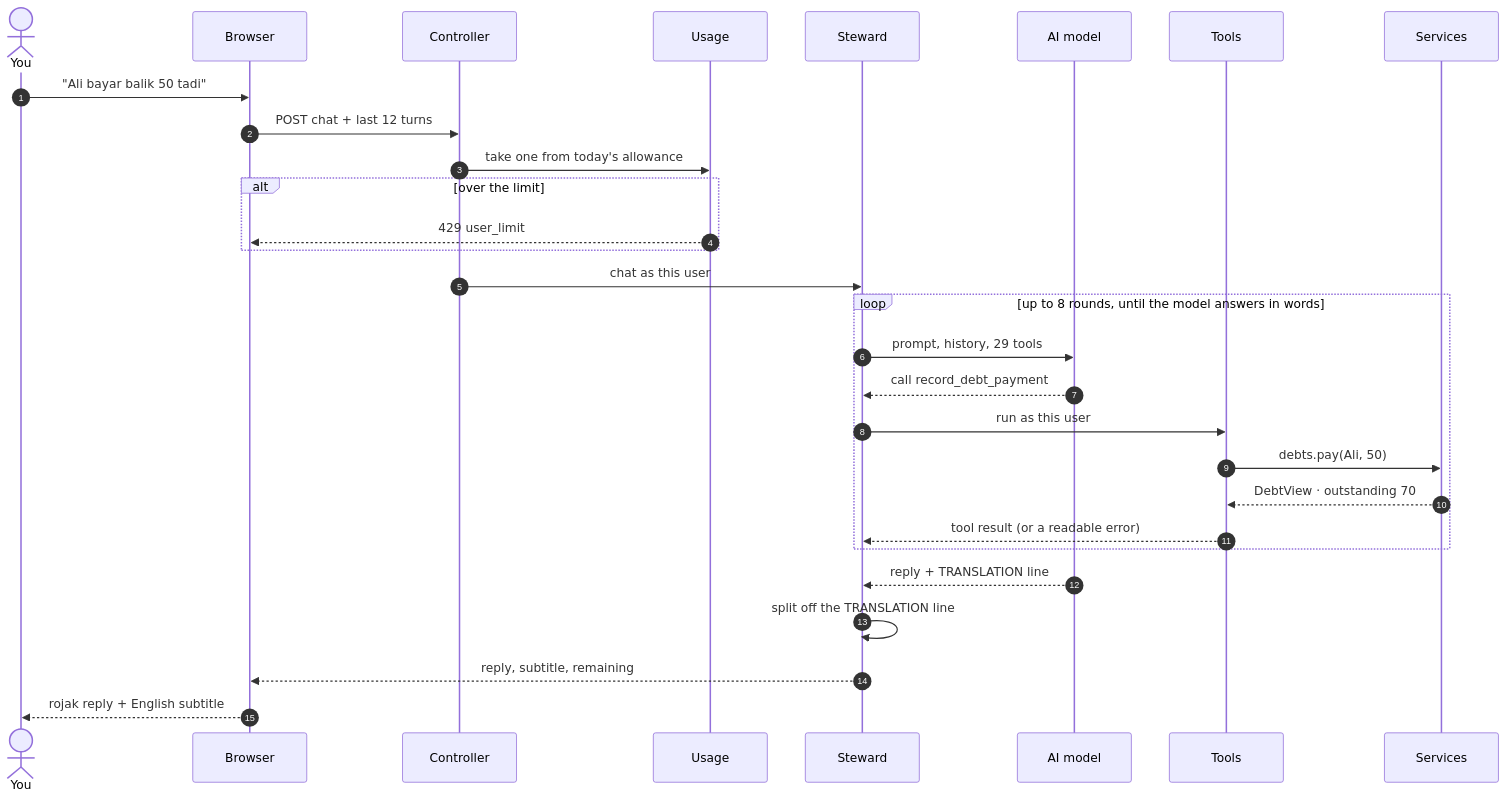
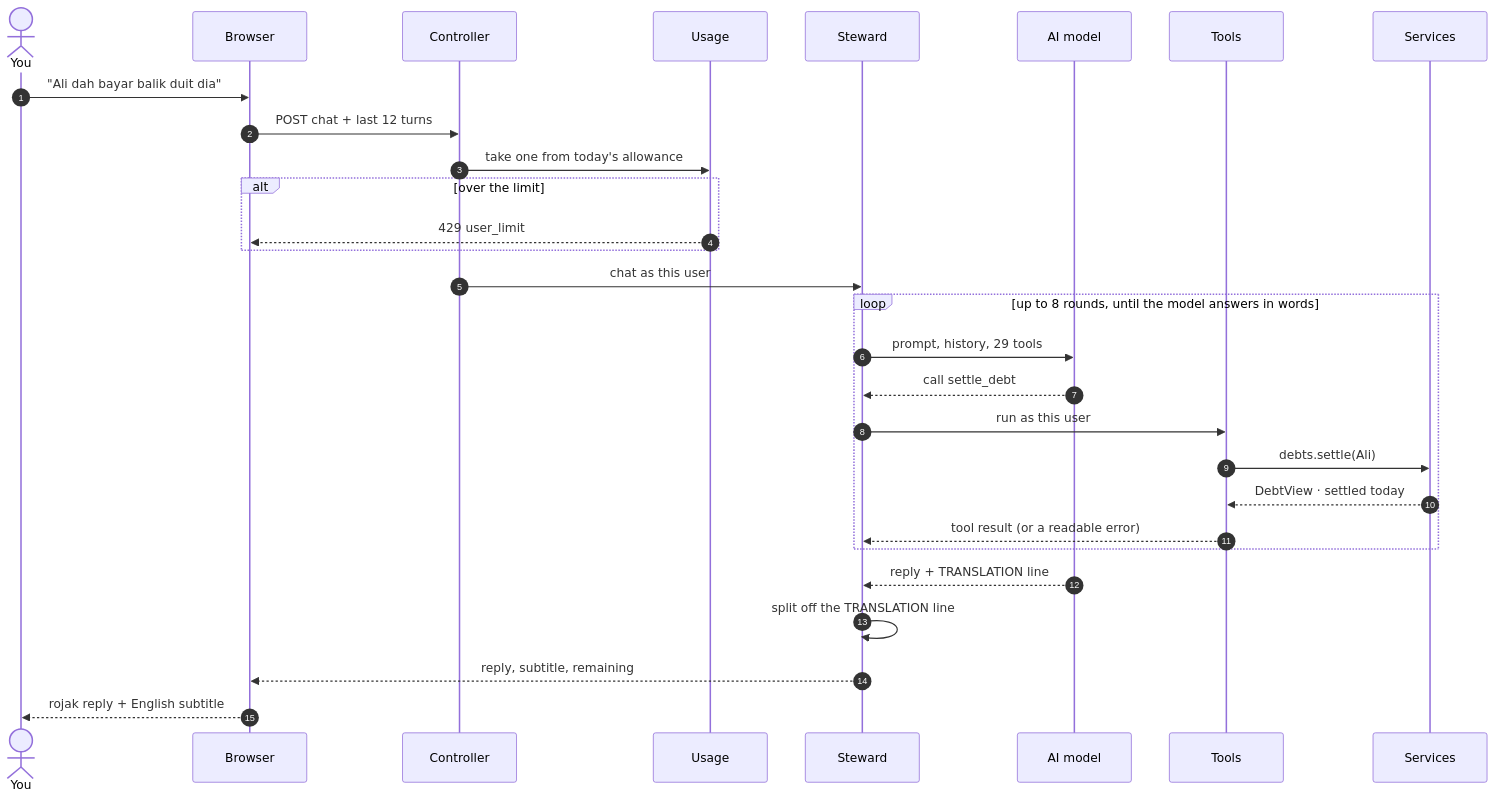
Before and after one commit to Morker/krugworld: the second of 5 diagrams in docs/GABY.md, drawn with Mermaid. The commit also changed other lines of this file and 26 other files, not shown here.

````diff
--- a/docs/GABY.md
+++ b/docs/GABY.md
@@ -36,32 +36,32 @@
 ```mermaid
 sequenceDiagram
     autonumber
     actor U as You
     participant B as Browser
     participant C as Controller
     participant G as Usage
     participant S as Steward
     participant M as AI model
     participant T as Tools
     participant SV as Services
 
-    U->>B: "Ali bayar balik 50 tadi"
+    U->>B: "Ali dah bayar balik duit dia"
     B->>C: POST chat + last 12 turns
     C->>G: take one from today's allowance
     alt over the limit
         G-->>B: 429 user_limit
     end
     C->>S: chat as this user
     loop up to 8 rounds, until the model answers in words
         S->>M: prompt, history, 29 tools
-        M-->>S: call record_debt_payment
+        M-->>S: call settle_debt
         S->>T: run as this user
-        T->>SV: debts.pay(Ali, 50)
-        SV-->>T: DebtView · outstanding 70
+        T->>SV: debts.settle(Ali)
+        SV-->>T: DebtView · settled today
         T-->>S: tool result (or a readable error)
     end
     M-->>S: reply + TRANSLATION line
     S->>S: split off the TRANSLATION line
     S-->>B: reply, subtitle, remaining
     B-->>U: rojak reply + English subtitle
 ```
````
